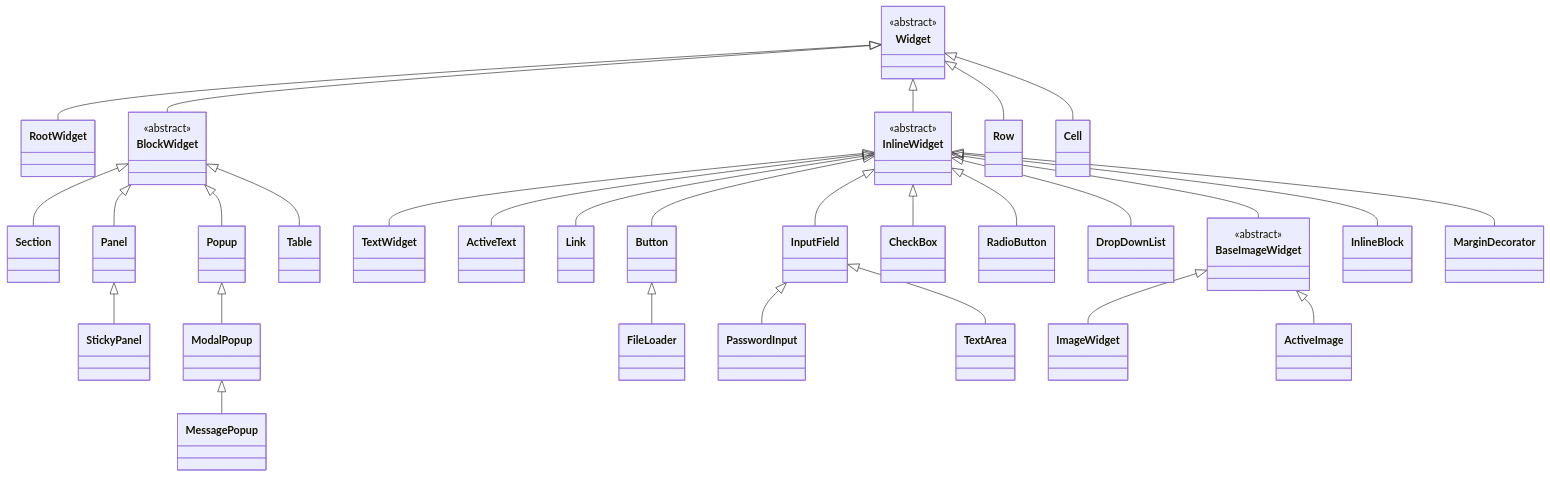
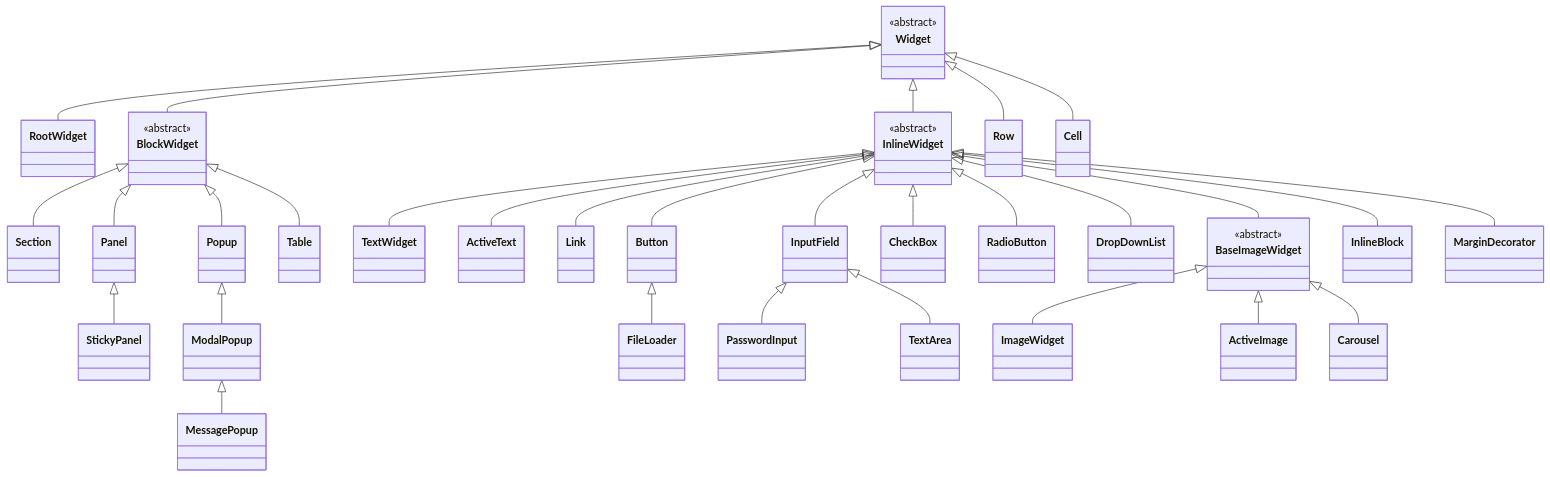
Before and after one commit to kniazkov/widgets: the diagram in docs/WIDGETS.md, drawn with Mermaid. The commit also changed other lines of this file and 14 other files, not shown here.

Commit message:
Add swipeable image carousel

````diff
--- a/docs/WIDGETS.md
+++ b/docs/WIDGETS.md
@@ -14,49 +14,50 @@
 ```mermaid
 classDiagram
     direction TB
 
     class Widget {
         <<abstract>>
     }
     class BlockWidget {
         <<abstract>>
     }
     class InlineWidget {
         <<abstract>>
     }
     class BaseImageWidget {
         <<abstract>>
     }
 
     Widget <|-- RootWidget
     Widget <|-- BlockWidget
     Widget <|-- InlineWidget
     Widget <|-- Row
     Widget <|-- Cell
 
     BlockWidget <|-- Section
     BlockWidget <|-- Panel
     Panel <|-- StickyPanel
     BlockWidget <|-- Popup
     Popup <|-- ModalPopup
     ModalPopup <|-- MessagePopup
     BlockWidget <|-- Table
 
     InlineWidget <|-- TextWidget
     InlineWidget <|-- ActiveText
     InlineWidget <|-- Link
     InlineWidget <|-- Button
     InlineWidget <|-- InputField
     InlineWidget <|-- CheckBox
     InlineWidget <|-- RadioButton
     InlineWidget <|-- DropDownList
     InlineWidget <|-- BaseImageWidget
     InlineWidget <|-- InlineBlock
     InlineWidget <|-- MarginDecorator
 
     Button <|-- FileLoader
     InputField <|-- PasswordInput
     InputField <|-- TextArea
     BaseImageWidget <|-- ImageWidget
     BaseImageWidget <|-- ActiveImage
+    BaseImageWidget <|-- Carousel
 ```
````
